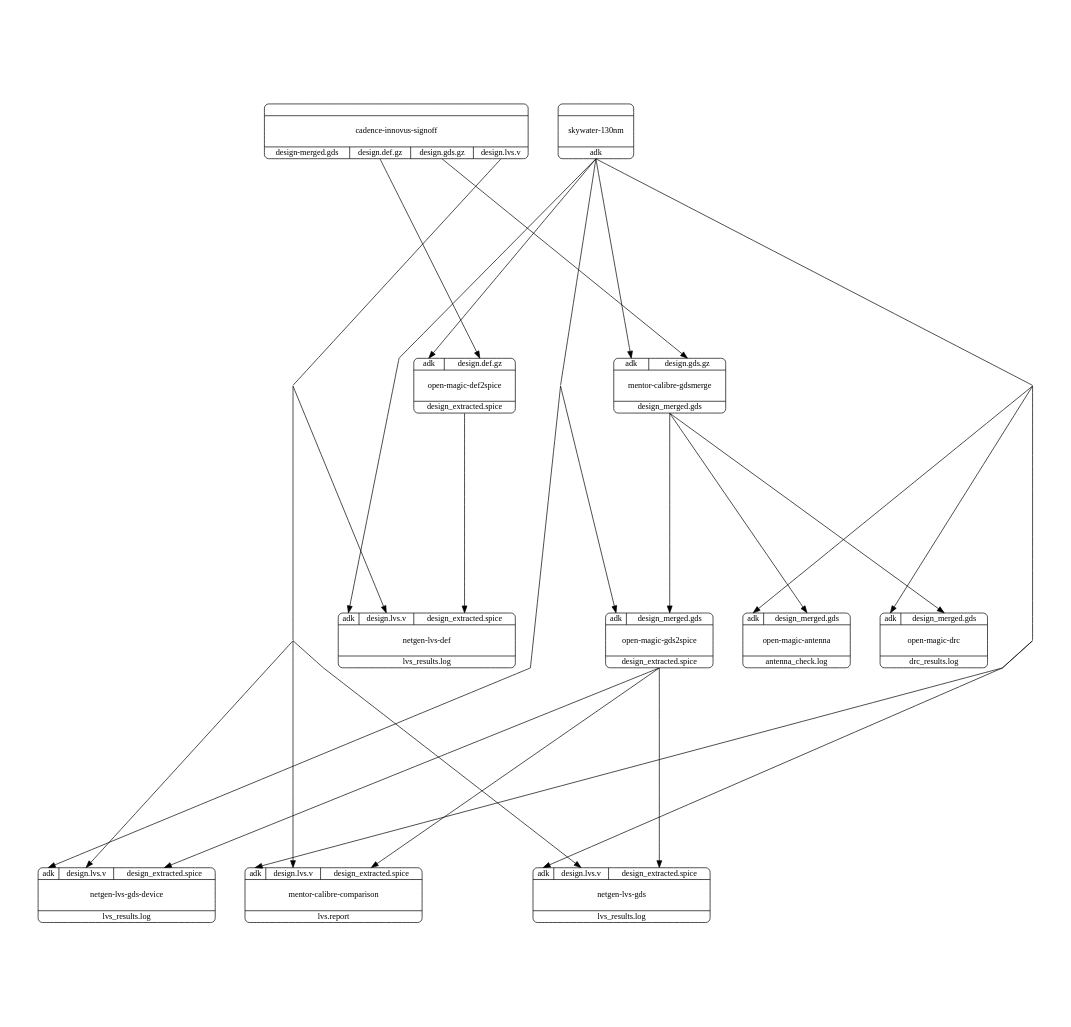
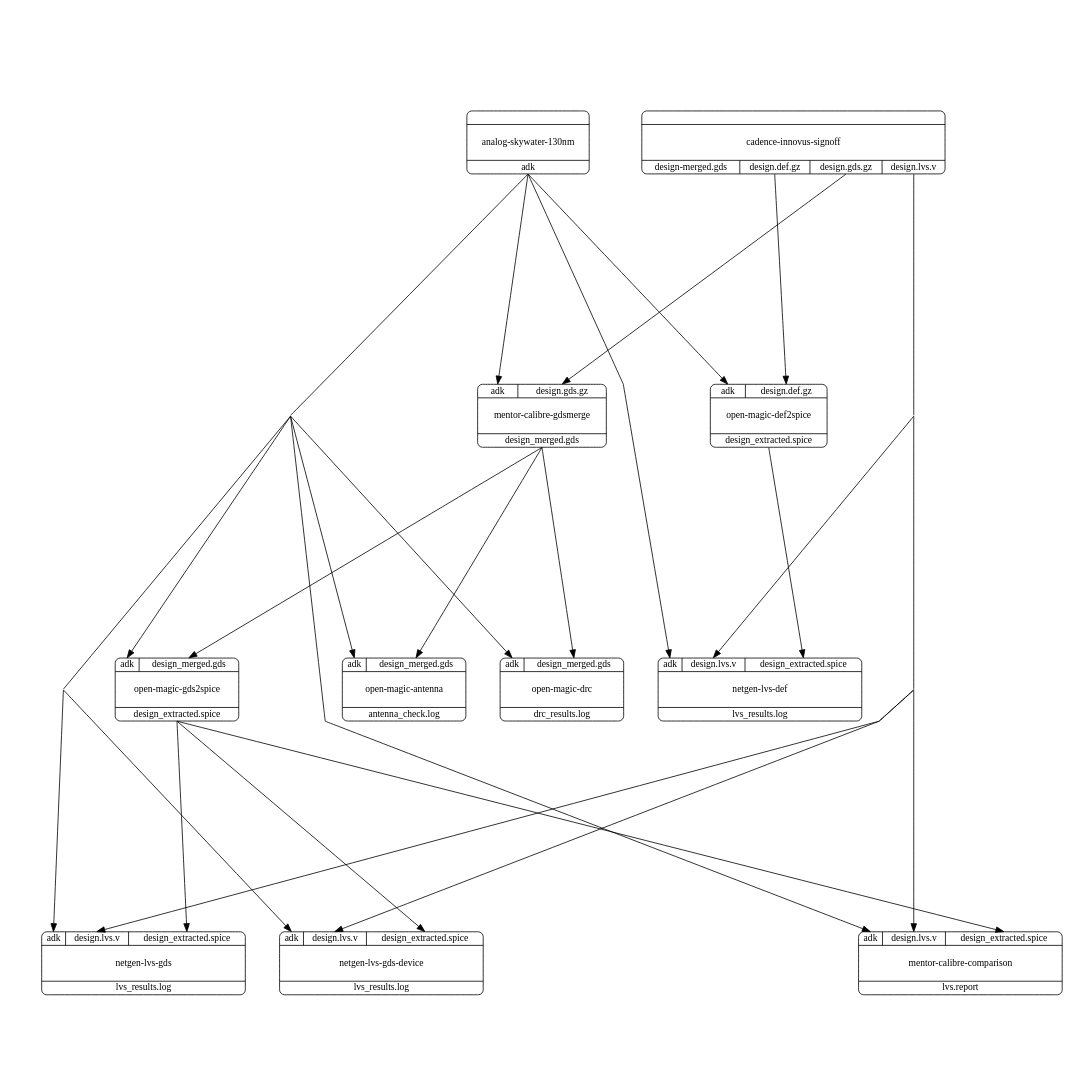
One commit to Li-Yueting/aloe-sky130 changed the diagram in stemcell_mflowgen/flow/aloe_mflowgen/build/.mflowgen/graph.dot. Above: the diagram before and after it, drawn with Graphviz. The commit also changed 379 other files, not shown here.

```diff
--- a/stemcell_mflowgen/flow/aloe_mflowgen/build/.mflowgen/graph.dot
+++ b/stemcell_mflowgen/flow/aloe_mflowgen/build/.mflowgen/graph.dot
@@ -1,81 +1,81 @@
 digraph {
 label="";
 labelloc="t";
 fontsize=60;
 size="8.5;11";
 ratio="fill";
 margin=0;
 pad=1;
 rankdir="TB";
 concentrate=true;
 splines=polyline;
 center=true;
 nodesep=1.2;
 ranksep=0.8;
+analog_skywater_130nm [ fontsize=24, width=2, penwidth=2, shape=Mrecord, label="{ {  } | \n
+analog-skywater-130nm
+
+\n\n | { <o_adk> adk } }", color=black ];
 cadence_innovus_signoff [ fontsize=24, width=2, penwidth=2, shape=Mrecord, label="{ {  } | \n
 cadence-innovus-signoff
 
 \n\n | { <o_design_merged_gds> design-merged.gds | <o_design_def_gz> design.def.gz | <o_design_gds_gz> design.gds.gz | <o_design_lvs_v> design.lvs.v } }", color=black ];
 mentor_calibre_comparison [ fontsize=24, width=2, penwidth=2, shape=Mrecord, label="{ { <i_adk> adk | <i_design_lvs_v> design.lvs.v | <i_design_extracted_spice> design_extracted.spice } | \n
 mentor-calibre-comparison
 
 \n\n | { <o_lvs_report> lvs.report } }", color=black ];
 mentor_calibre_gdsmerge [ fontsize=24, width=2, penwidth=2, shape=Mrecord, label="{ { <i_adk> adk | <i_design_gds_gz> design.gds.gz } | \n
 mentor-calibre-gdsmerge
 
 \n\n | { <o_design_merged_gds> design_merged.gds } }", color=black ];
 netgen_lvs_def [ fontsize=24, width=2, penwidth=2, shape=Mrecord, label="{ { <i_adk> adk | <i_design_lvs_v> design.lvs.v | <i_design_extracted_spice> design_extracted.spice } | \n
 netgen-lvs-def
 
 \n\n | { <o_lvs_results_log> lvs_results.log } }", color=black ];
 netgen_lvs_gds [ fontsize=24, width=2, penwidth=2, shape=Mrecord, label="{ { <i_adk> adk | <i_design_lvs_v> design.lvs.v | <i_design_extracted_spice> design_extracted.spice } | \n
 netgen-lvs-gds
 
 \n\n | { <o_lvs_results_log> lvs_results.log } }", color=black ];
 netgen_lvs_gds_device [ fontsize=24, width=2, penwidth=2, shape=Mrecord, label="{ { <i_adk> adk | <i_design_lvs_v> design.lvs.v | <i_design_extracted_spice> design_extracted.spice } | \n
 netgen-lvs-gds-device
 
 \n\n | { <o_lvs_results_log> lvs_results.log } }", color=black ];
 open_magic_antenna [ fontsize=24, width=2, penwidth=2, shape=Mrecord, label="{ { <i_adk> adk | <i_design_merged_gds> design_merged.gds } | \n
 open-magic-antenna
 
 \n\n | { <o_antenna_check_log> antenna_check.log } }", color=black ];
 open_magic_def2spice [ fontsize=24, width=2, penwidth=2, shape=Mrecord, label="{ { <i_adk> adk | <i_design_def_gz> design.def.gz } | \n
 open-magic-def2spice
 
 \n\n | { <o_design_extracted_spice> design_extracted.spice } }", color=black ];
 open_magic_drc [ fontsize=24, width=2, penwidth=2, shape=Mrecord, label="{ { <i_adk> adk | <i_design_merged_gds> design_merged.gds } | \n
 open-magic-drc
 
 \n\n | { <o_drc_results_log> drc_results.log } }", color=black ];
 open_magic_gds2spice [ fontsize=24, width=2, penwidth=2, shape=Mrecord, label="{ { <i_adk> adk | <i_design_merged_gds> design_merged.gds } | \n
 open-magic-gds2spice
 
 \n\n | { <o_design_extracted_spice> design_extracted.spice } }", color=black ];
-skywater_130nm [ fontsize=24, width=2, penwidth=2, shape=Mrecord, label="{ {  } | \n
-skywater-130nm
-
-\n\n | { <o_adk> adk } }", color=black ];
-skywater_130nm:o_adk:s -> mentor_calibre_comparison:i_adk:n [ arrowsize=2, penwidth=2 ];
+analog_skywater_130nm:o_adk:s -> mentor_calibre_comparison:i_adk:n [ arrowsize=2, penwidth=2 ];
 cadence_innovus_signoff:o_design_lvs_v:s -> mentor_calibre_comparison:i_design_lvs_v:n [ arrowsize=2, penwidth=2 ];
 open_magic_gds2spice:o_design_extracted_spice:s -> mentor_calibre_comparison:i_design_extracted_spice:n [ arrowsize=2, penwidth=2 ];
-skywater_130nm:o_adk:s -> mentor_calibre_gdsmerge:i_adk:n [ arrowsize=2, penwidth=2 ];
+analog_skywater_130nm:o_adk:s -> mentor_calibre_gdsmerge:i_adk:n [ arrowsize=2, penwidth=2 ];
 cadence_innovus_signoff:o_design_gds_gz:s -> mentor_calibre_gdsmerge:i_design_gds_gz:n [ arrowsize=2, penwidth=2 ];
-skywater_130nm:o_adk:s -> netgen_lvs_def:i_adk:n [ arrowsize=2, penwidth=2 ];
+analog_skywater_130nm:o_adk:s -> netgen_lvs_def:i_adk:n [ arrowsize=2, penwidth=2 ];
 cadence_innovus_signoff:o_design_lvs_v:s -> netgen_lvs_def:i_design_lvs_v:n [ arrowsize=2, penwidth=2 ];
 open_magic_def2spice:o_design_extracted_spice:s -> netgen_lvs_def:i_design_extracted_spice:n [ arrowsize=2, penwidth=2 ];
-skywater_130nm:o_adk:s -> netgen_lvs_gds:i_adk:n [ arrowsize=2, penwidth=2 ];
+analog_skywater_130nm:o_adk:s -> netgen_lvs_gds:i_adk:n [ arrowsize=2, penwidth=2 ];
 cadence_innovus_signoff:o_design_lvs_v:s -> netgen_lvs_gds:i_design_lvs_v:n [ arrowsize=2, penwidth=2 ];
 open_magic_gds2spice:o_design_extracted_spice:s -> netgen_lvs_gds:i_design_extracted_spice:n [ arrowsize=2, penwidth=2 ];
-skywater_130nm:o_adk:s -> netgen_lvs_gds_device:i_adk:n [ arrowsize=2, penwidth=2 ];
+analog_skywater_130nm:o_adk:s -> netgen_lvs_gds_device:i_adk:n [ arrowsize=2, penwidth=2 ];
 cadence_innovus_signoff:o_design_lvs_v:s -> netgen_lvs_gds_device:i_design_lvs_v:n [ arrowsize=2, penwidth=2 ];
 open_magic_gds2spice:o_design_extracted_spice:s -> netgen_lvs_gds_device:i_design_extracted_spice:n [ arrowsize=2, penwidth=2 ];
-skywater_130nm:o_adk:s -> open_magic_antenna:i_adk:n [ arrowsize=2, penwidth=2 ];
+analog_skywater_130nm:o_adk:s -> open_magic_antenna:i_adk:n [ arrowsize=2, penwidth=2 ];
 mentor_calibre_gdsmerge:o_design_merged_gds:s -> open_magic_antenna:i_design_merged_gds:n [ arrowsize=2, penwidth=2 ];
-skywater_130nm:o_adk:s -> open_magic_def2spice:i_adk:n [ arrowsize=2, penwidth=2 ];
+analog_skywater_130nm:o_adk:s -> open_magic_def2spice:i_adk:n [ arrowsize=2, penwidth=2 ];
 cadence_innovus_signoff:o_design_def_gz:s -> open_magic_def2spice:i_design_def_gz:n [ arrowsize=2, penwidth=2 ];
-skywater_130nm:o_adk:s -> open_magic_drc:i_adk:n [ arrowsize=2, penwidth=2 ];
+analog_skywater_130nm:o_adk:s -> open_magic_drc:i_adk:n [ arrowsize=2, penwidth=2 ];
 mentor_calibre_gdsmerge:o_design_merged_gds:s -> open_magic_drc:i_design_merged_gds:n [ arrowsize=2, penwidth=2 ];
-skywater_130nm:o_adk:s -> open_magic_gds2spice:i_adk:n [ arrowsize=2, penwidth=2 ];
+analog_skywater_130nm:o_adk:s -> open_magic_gds2spice:i_adk:n [ arrowsize=2, penwidth=2 ];
 mentor_calibre_gdsmerge:o_design_merged_gds:s -> open_magic_gds2spice:i_design_merged_gds:n [ arrowsize=2, penwidth=2 ];
 }
```
